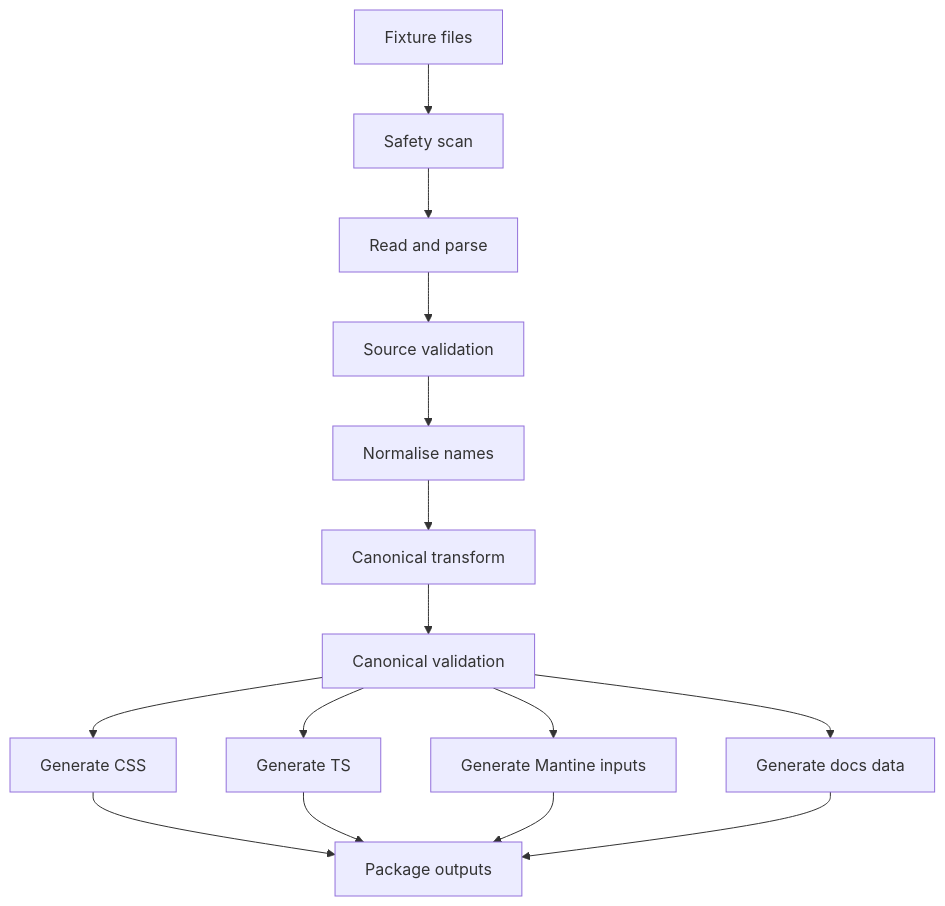
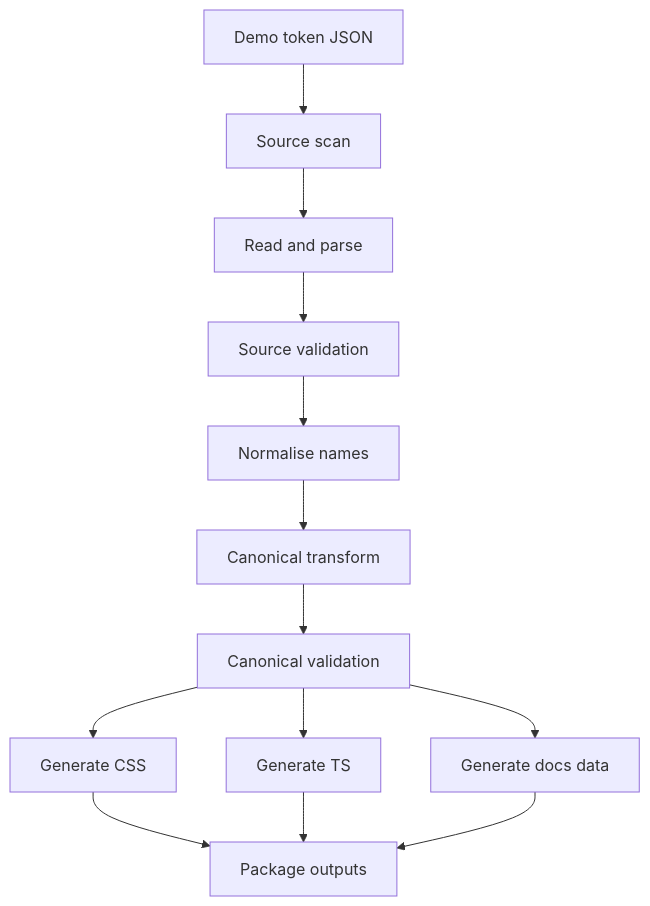
Before and after one commit to jaminjadey/design-system: the diagram in docs/04-token-build-pipeline.md, drawn with Mermaid. The commit also changed other lines of this file and 38 other files, not shown here.

````diff
--- a/docs/04-token-build-pipeline.md
+++ b/docs/04-token-build-pipeline.md
@@ -7,17 +7,15 @@
 ```mermaid
 flowchart TD
-  A[Fixture files] --> B[Safety scan]
+  A[Demo token JSON] --> B[Source scan]
   B --> C[Read and parse]
   C --> D[Source validation]
   D --> E[Normalise names]
   E --> F[Canonical transform]
   F --> G[Canonical validation]
   G --> H[Generate CSS]
   G --> I[Generate TS]
-  G --> J[Generate Mantine inputs]
-  G --> K[Generate docs data]
-  H --> L[Package outputs]
-  I --> L
-  J --> L
-  K --> L
+  G --> J[Generate docs data]
+  H --> K[Package outputs]
+  I --> K
+  J --> K
 ```
````
